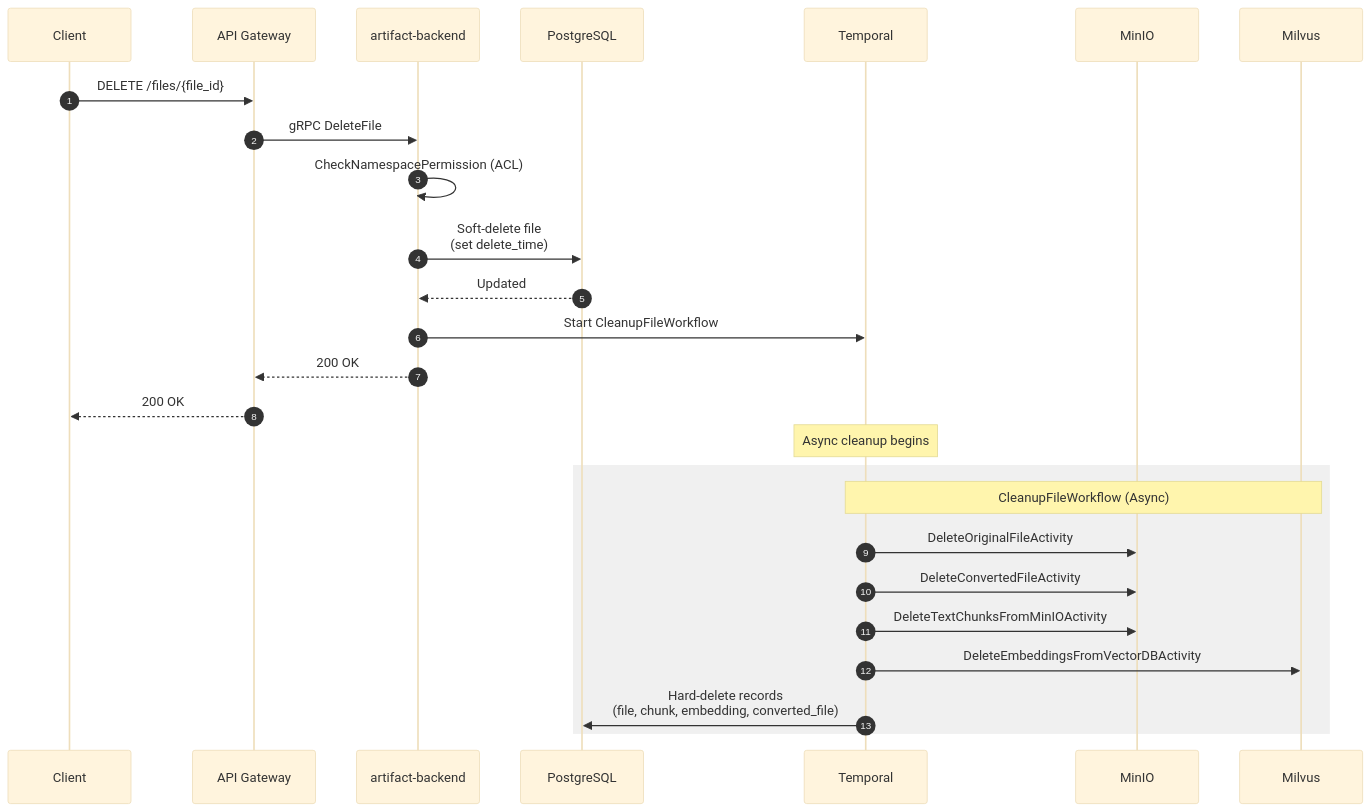
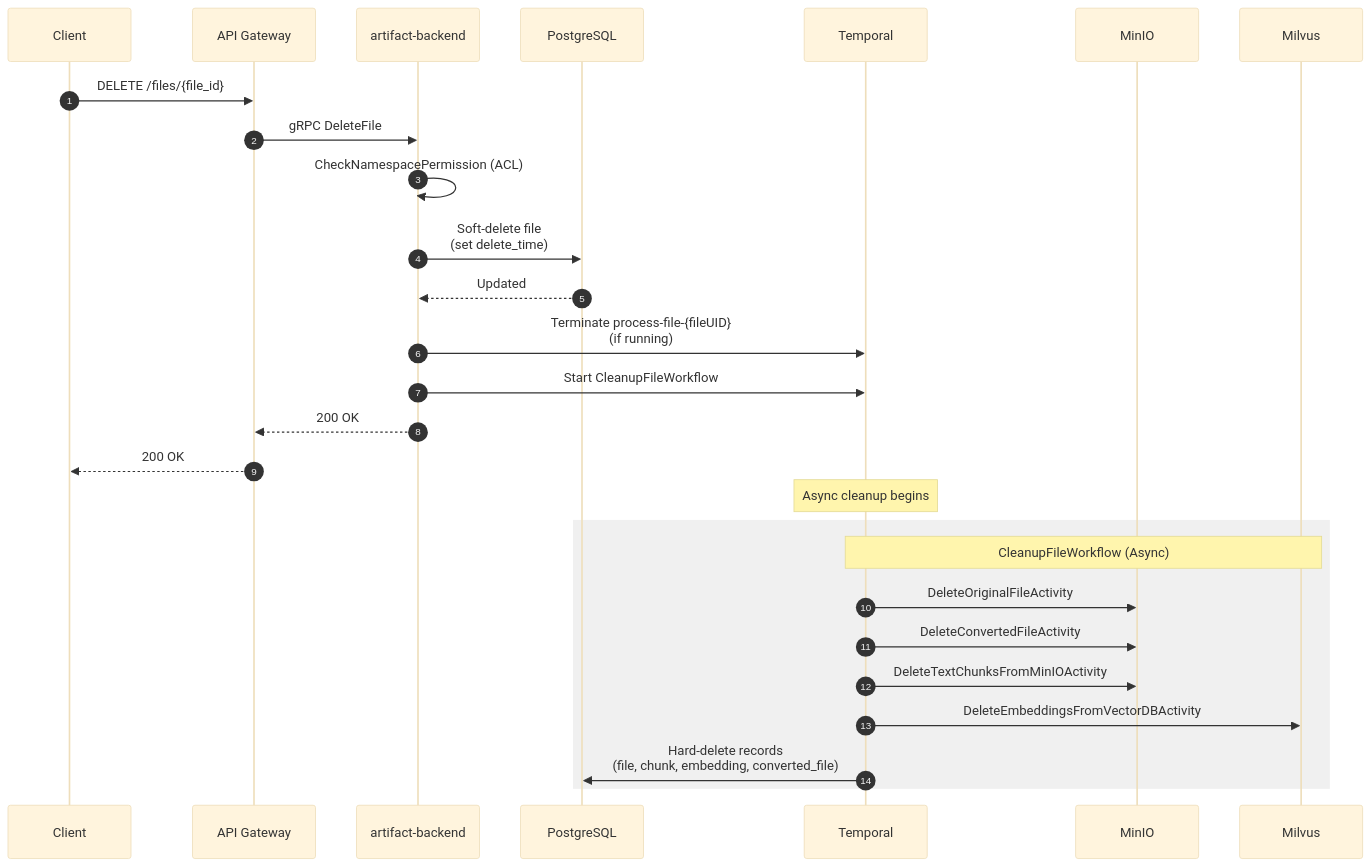
Before and after one commit to instill-ai/artifact-backend: the second of 3 diagrams in docs/blob-storage-architecture.md, drawn with Mermaid (base theme). The commit also changed other lines of this file and 1 other file, not shown here.

First line of the commit message:
fix(worker): terminate in-flight processing workflow before file cleanup

````diff
--- a/docs/blob-storage-architecture.md
+++ b/docs/blob-storage-architecture.md
@@ -80,31 +80,32 @@
 ```mermaid
 sequenceDiagram
     autonumber
     participant Client
     participant APIGateway as API Gateway
     participant ArtifactBackend as artifact-backend
     participant PostgreSQL
     participant Temporal
     participant MinIO
     participant Milvus
 
     Client->>APIGateway: DELETE /files/{file_id}
     APIGateway->>ArtifactBackend: gRPC DeleteFile
     ArtifactBackend->>ArtifactBackend: CheckNamespacePermission (ACL)
     ArtifactBackend->>PostgreSQL: Soft-delete file<br/>(set delete_time)
     PostgreSQL-->>ArtifactBackend: Updated
+    ArtifactBackend->>Temporal: Terminate process-file-{fileUID}<br/>(if running)
     ArtifactBackend->>Temporal: Start CleanupFileWorkflow
     ArtifactBackend-->>APIGateway: 200 OK
     APIGateway-->>Client: 200 OK
 
     Note over Temporal: Async cleanup begins
 
     rect rgb(240, 240, 240)
         Note over Temporal,Milvus: CleanupFileWorkflow (Async)
         Temporal->>MinIO: DeleteOriginalFileActivity
         Temporal->>MinIO: DeleteConvertedFileActivity
         Temporal->>MinIO: DeleteTextChunksFromMinIOActivity
         Temporal->>Milvus: DeleteEmbeddingsFromVectorDBActivity
         Temporal->>PostgreSQL: Hard-delete records<br/>(file, chunk, embedding, converted_file)
     end
 ```
````
